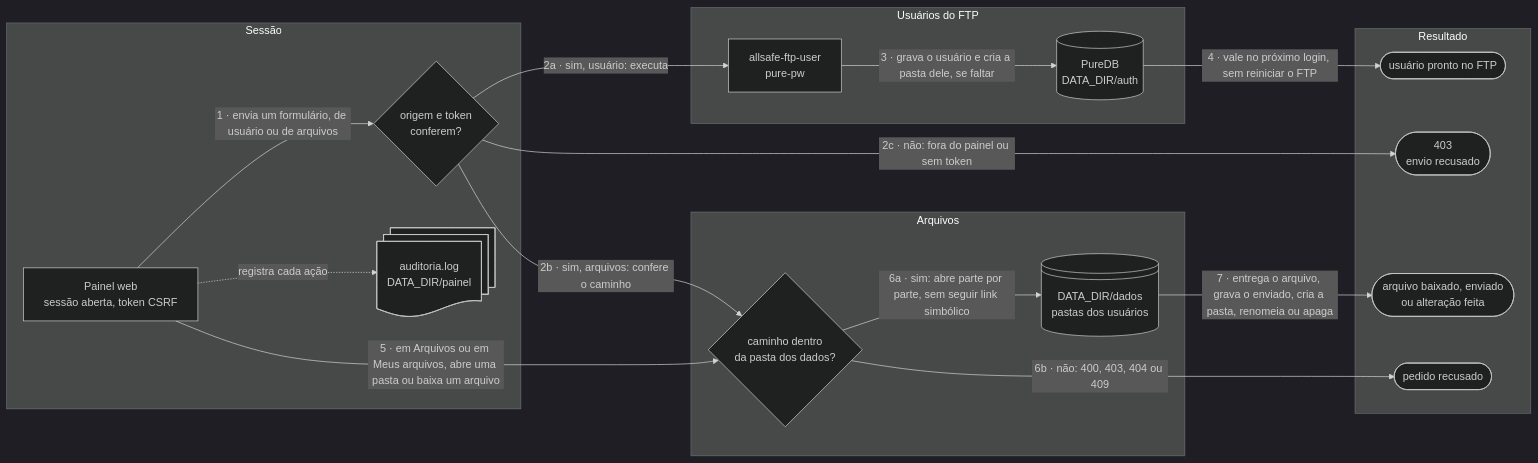
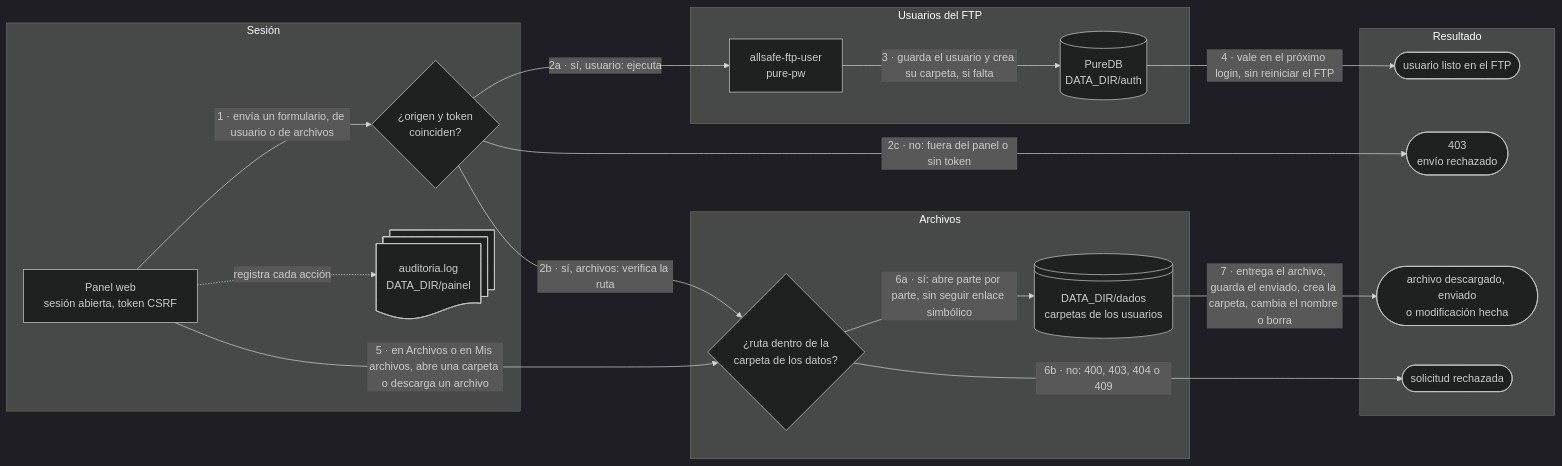
Before and after one commit to CarlosSuporteISP/allsafe-ftp-stack: the fourth of 4 diagrams in doc/es/panel.md, drawn with Mermaid. The commit also changed other lines of this file and 66 other files, not shown here.

First line of the commit message:
docs: documentação em espanhol, diagramas e selos dos três idiomas (parte 3)

````diff
--- a/doc/es/panel.md
+++ b/doc/es/panel.md
@@ -1230,35 +1230,35 @@
 ```mermaid
 %%{init: {"theme": "dark"}}%%
 flowchart LR
-    subgraph SESSAO["Sessão"]
-        painel@{ shape: rect, label: "Painel web<br>sessão aberta, token CSRF" }
-        pedido@{ shape: diam, label: "origem e token<br>conferem?" }
+    subgraph SESSAO["Sesión"]
+        painel@{ shape: rect, label: "Panel web<br>sesión abierta, token CSRF" }
+        pedido@{ shape: diam, label: "¿origen y token<br>coinciden?" }
         auditoria@{ shape: docs, label: "auditoria.log<br>DATA_DIR/painel" }
     end
-    subgraph USUARIOS["Usuários do FTP"]
+    subgraph USUARIOS["Usuarios del FTP"]
         cmd@{ shape: rect, label: "allsafe-ftp-user<br>pure-pw" }
         puredb@{ shape: cyl, label: "PureDB<br>DATA_DIR/auth" }
     end
-    subgraph ARQUIVOS["Arquivos"]
-        caminho@{ shape: diam, label: "caminho dentro<br>da pasta dos dados?" }
-        dados@{ shape: lin-cyl, label: "DATA_DIR/dados<br>pastas dos usuários" }
+    subgraph ARQUIVOS["Archivos"]
+        caminho@{ shape: diam, label: "¿ruta dentro de la<br>carpeta de los datos?" }
+        dados@{ shape: lin-cyl, label: "DATA_DIR/dados<br>carpetas de los usuarios" }
     end
     subgraph RESULTADO["Resultado"]
-        fim@{ shape: stadium, label: "usuário pronto no FTP" }
-        barrado@{ shape: stadium, label: "403<br>envio recusado" }
-        feito@{ shape: stadium, label: "arquivo baixado, enviado<br>ou alteração feita" }
-        recusa@{ shape: stadium, label: "pedido recusado" }
+        fim@{ shape: stadium, label: "usuario listo en el FTP" }
+        barrado@{ shape: stadium, label: "403<br>envío rechazado" }
+        feito@{ shape: stadium, label: "archivo descargado, enviado<br>o modificación hecha" }
+        recusa@{ shape: stadium, label: "solicitud rechazada" }
     end
 
-    painel -- "1 · envia um formulário, de usuário ou de arquivos" --> pedido
-    pedido -- "2a · sim, usuário: executa" --> cmd
-    pedido -- "2b · sim, arquivos: confere o caminho" --> caminho
-    pedido -- "2c · não: fora do painel ou sem token" --> barrado
-    cmd -- "3 · grava o usuário e cria a pasta dele, se faltar" --> puredb
-    puredb -- "4 · vale no próximo login, sem reiniciar o FTP" --> fim
-    painel -- "5 · em Arquivos ou em Meus arquivos, abre uma pasta ou baixa um arquivo" --> caminho
-    caminho -- "6a · sim: abre parte por parte, sem seguir link simbólico" --> dados
-    caminho -- "6b · não: 400, 403, 404 ou 409" --> recusa
-    dados -- "7 · entrega o arquivo, grava o enviado, cria a pasta, renomeia ou apaga" --> feito
-    painel -. "registra cada ação" .-> auditoria
+    painel -- "1 · envía un formulario, de usuario o de archivos" --> pedido
+    pedido -- "2a · sí, usuario: ejecuta" --> cmd
+    pedido -- "2b · sí, archivos: verifica la ruta" --> caminho
+    pedido -- "2c · no: fuera del panel o sin token" --> barrado
+    cmd -- "3 · guarda el usuario y crea su carpeta, si falta" --> puredb
+    puredb -- "4 · vale en el próximo login, sin reiniciar el FTP" --> fim
+    painel -- "5 · en Archivos o en Mis archivos, abre una carpeta o descarga un archivo" --> caminho
+    caminho -- "6a · sí: abre parte por parte, sin seguir enlace simbólico" --> dados
+    caminho -- "6b · no: 400, 403, 404 o 409" --> recusa
+    dados -- "7 · entrega el archivo, guarda el enviado, crea la carpeta, cambia el nombre o borra" --> feito
+    painel -. "registra cada acción" .-> auditoria
 ```
````
